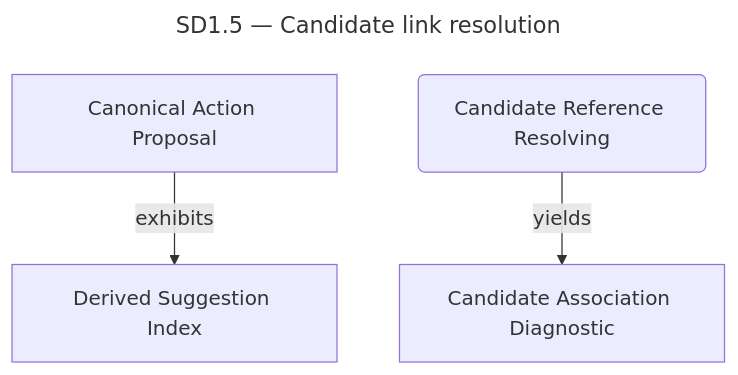
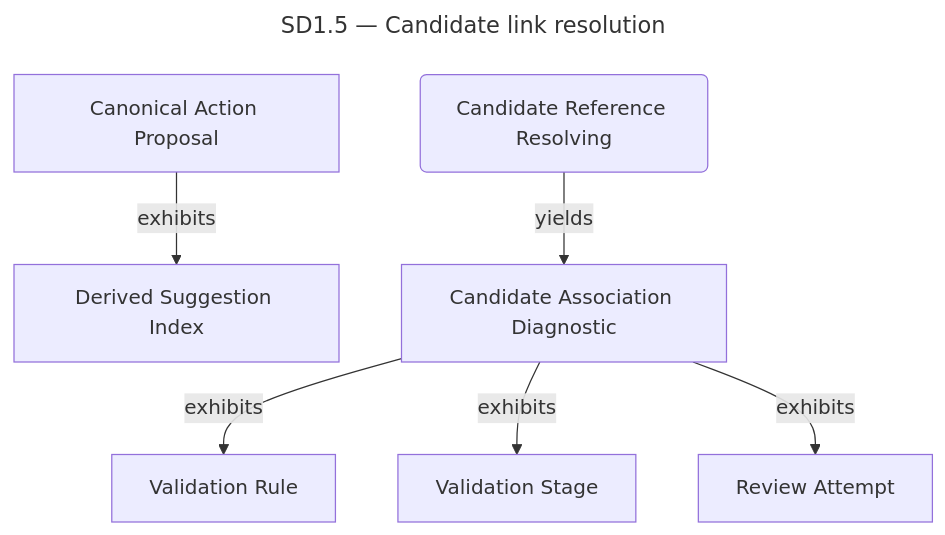
The sixth of 7 diagrams in opm/system.md (ojfbot/daily-logger), drawn with Mermaid before and after one commit. The commit also changed other lines of this file and 6 other files, not shown here.

Commit message:
fix: retain bounded candidate validation rule diagnostics

````diff
--- a/opm/system.md
+++ b/opm/system.md
@@ -1154,14 +1154,20 @@
 ```mermaid
 ---
 title: "SD1.5 — Candidate link resolution"
 ---
 flowchart TD
   accTitle: SD1.5 — Candidate link resolution
   accDescr: Lossy system model projection. Complete source facts follow this diagram.
   n198["Derived Suggestion Index"]
   n39["Canonical Action Proposal"]
   n34("Candidate Reference Resolving")
   n199["Candidate Association Diagnostic"]
+  n200["Validation Rule"]
+  n201["Validation Stage"]
+  n202["Review Attempt"]
   n39 -->|"exhibits"| n198
   n34 -->|"yields"| n199
+  n199 -->|"exhibits"| n200
+  n199 -->|"exhibits"| n201
+  n199 -->|"exhibits"| n202
 ```
````
